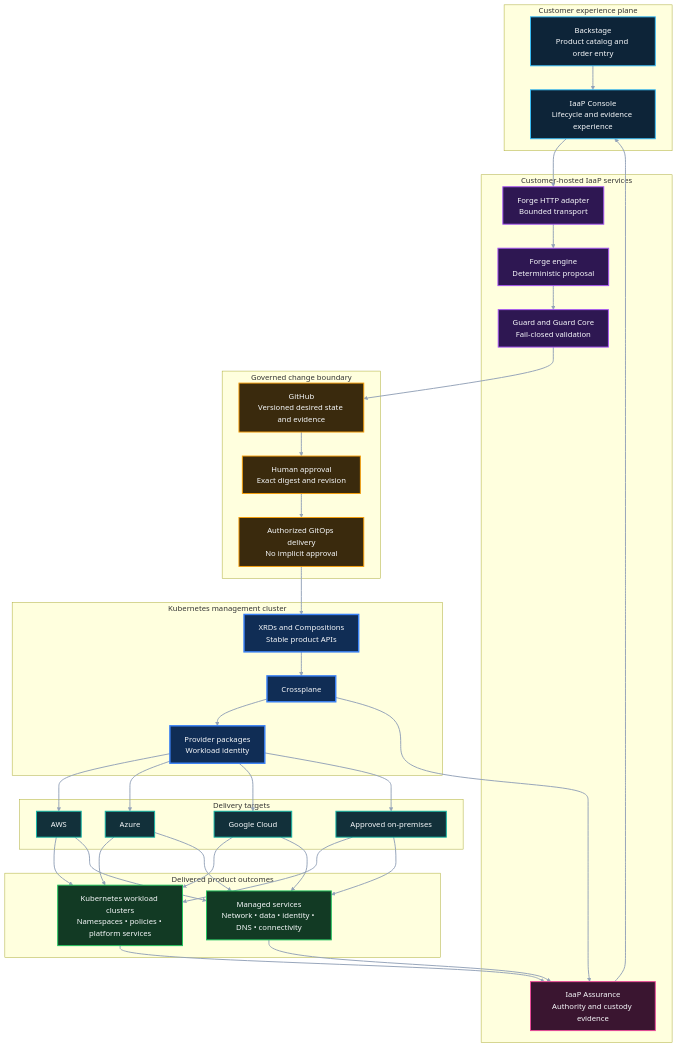
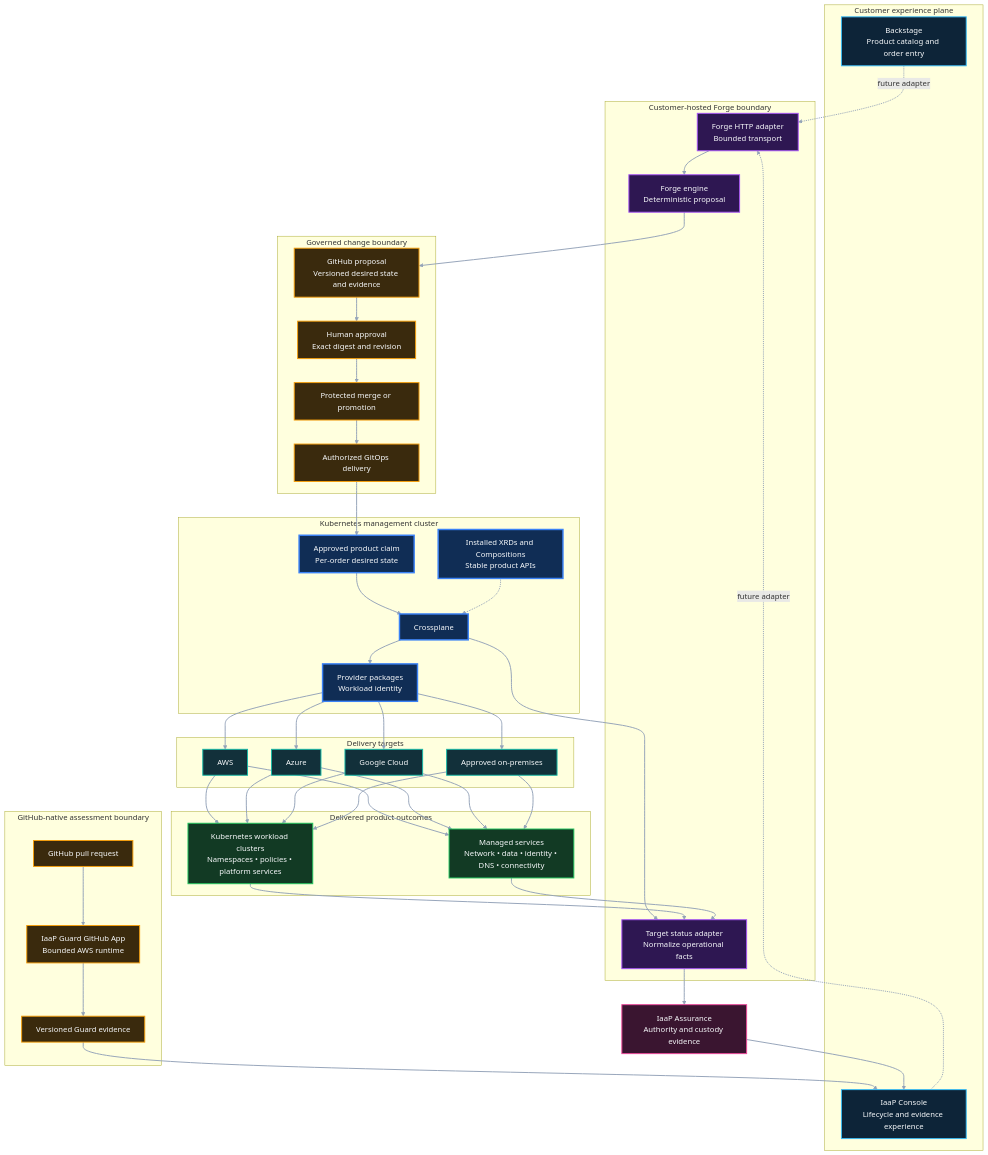
One commit to InfrastructureProductWorks/ai-powered-infrastructure-as-a-product changed the second of 5 diagrams in docs/PRODUCT-ARCHITECTURE.md. Above: the diagram before and after it, drawn with Mermaid. The commit also changed other lines of this file, not shown here.

Commit message:
docs: preserve accepted portfolio authority chain

```diff
--- a/docs/PRODUCT-ARCHITECTURE.md
+++ b/docs/PRODUCT-ARCHITECTURE.md
@@ -57,22 +64,29 @@
     UI["IaaP Console<br/>Lifecycle and evidence experience"]
   end
 
-  subgraph SVC["Customer-hosted IaaP services"]
+  subgraph GUARDPLANE["GitHub-native assessment boundary"]
+    GPR["GitHub pull request"]
+    GAPP["IaaP Guard GitHub App<br/>Bounded AWS runtime"]
+    GE["Versioned Guard evidence"]
+  end
+
+  subgraph SVC["Customer-hosted Forge boundary"]
     FH["Forge HTTP adapter<br/>Bounded transport"]
     FE["Forge engine<br/>Deterministic proposal"]
-    GD["Guard and Guard Core<br/>Fail-closed validation"]
-    IA["IaaP Assurance<br/>Authority and custody evidence"]
+    FA["Target status adapter<br/>Normalize operational facts"]
   end
 
   subgraph GOV["Governed change boundary"]
-    GH["GitHub<br/>Versioned desired state and evidence"]
+    GH["GitHub proposal<br/>Versioned desired state and evidence"]
     HA["Human approval<br/>Exact digest and revision"]
-    GC["Authorized GitOps delivery<br/>No implicit approval"]
+    PM["Protected merge or promotion"]
+    GC["Authorized GitOps delivery"]
   end
 
   subgraph MGMT["Kubernetes management cluster"]
+    CLAIM["Approved product claim<br/>Per-order desired state"]
     XP["Crossplane"]
-    PKG["XRDs and Compositions<br/>Stable product APIs"]
+    PKG["Installed XRDs and Compositions<br/>Stable product APIs"]
     PRV["Provider packages<br/>Workload identity"]
   end
 
@@ -88,15 +102,21 @@
     MS["Managed services<br/>Network • data • identity • DNS • connectivity"]
   end
 
-  BS --> UI
-  UI --> FH
+  IA["IaaP Assurance<br/>Authority and custody evidence"]
+
+  BS -. future adapter .-> FH
+  GPR --> GAPP
+  GAPP --> GE
+  GE --> UI
+  UI -. future adapter .-> FH
   FH --> FE
-  FE --> GD
-  GD --> GH
+  FE --> GH
   GH --> HA
-  HA --> GC
-  GC --> PKG
-  PKG --> XP
+  HA --> PM
+  PM --> GC
+  GC --> CLAIM
+  CLAIM --> XP
+  PKG -.-> XP
   XP --> PRV
   PRV --> C1
   PRV --> C2
@@ -110,9 +130,10 @@
   C2 --> MS
   C3 --> MS
   C4 --> MS
-  XP --> IA
-  WK --> IA
-  MS --> IA
+  XP --> FA
+  WK --> FA
+  MS --> FA
+  FA --> IA
   IA --> UI
 
   classDef experience fill:#0D2438,stroke:#38BDF8,stroke-width:2px,color:#F8FAFC
@@ -123,9 +144,9 @@
   classDef outcome fill:#123A24,stroke:#22C55E,stroke-width:2px,color:#F8FAFC
   classDef evidence fill:#3A1530,stroke:#EC4899,stroke-width:2px,color:#F8FAFC
   class BS,UI experience
-  class FH,FE,GD service
-  class GH,HA,GC governance
-  class XP,PKG,PRV control
+  class FH,FE,FA service
+  class GPR,GAPP,GE,GH,HA,PM,GC governance
+  class CLAIM,XP,PKG,PRV control
   class C1,C2,C3,C4 cloud
   class WK,MS outcome
   class IA evidence
```
